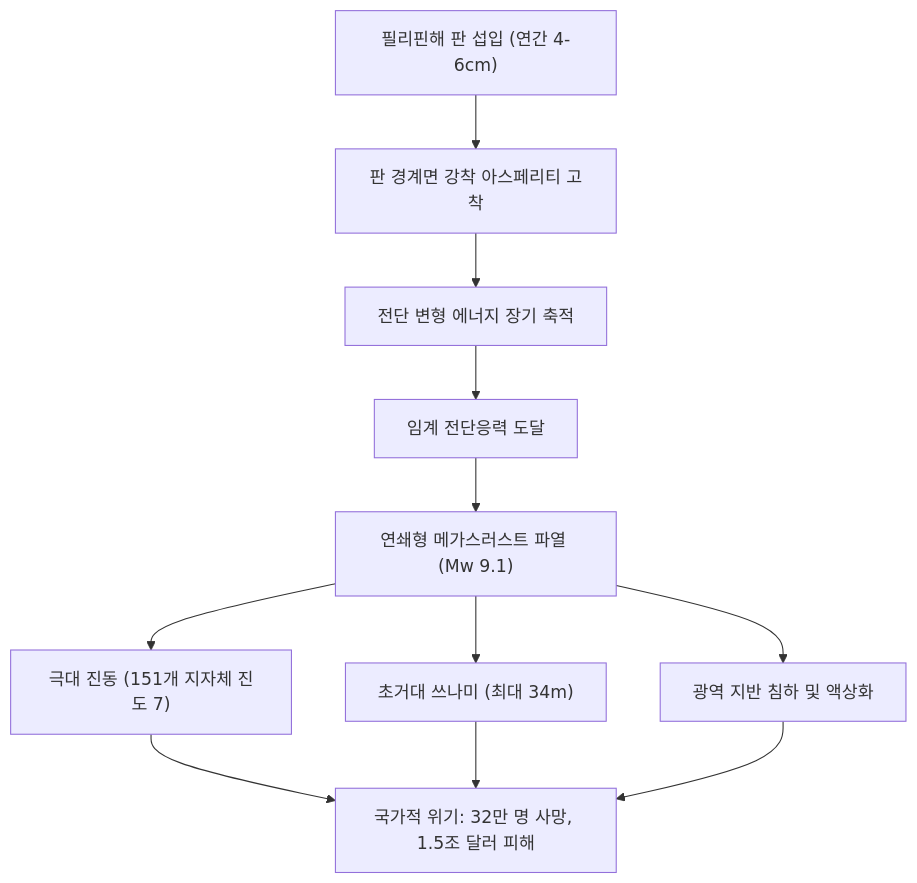
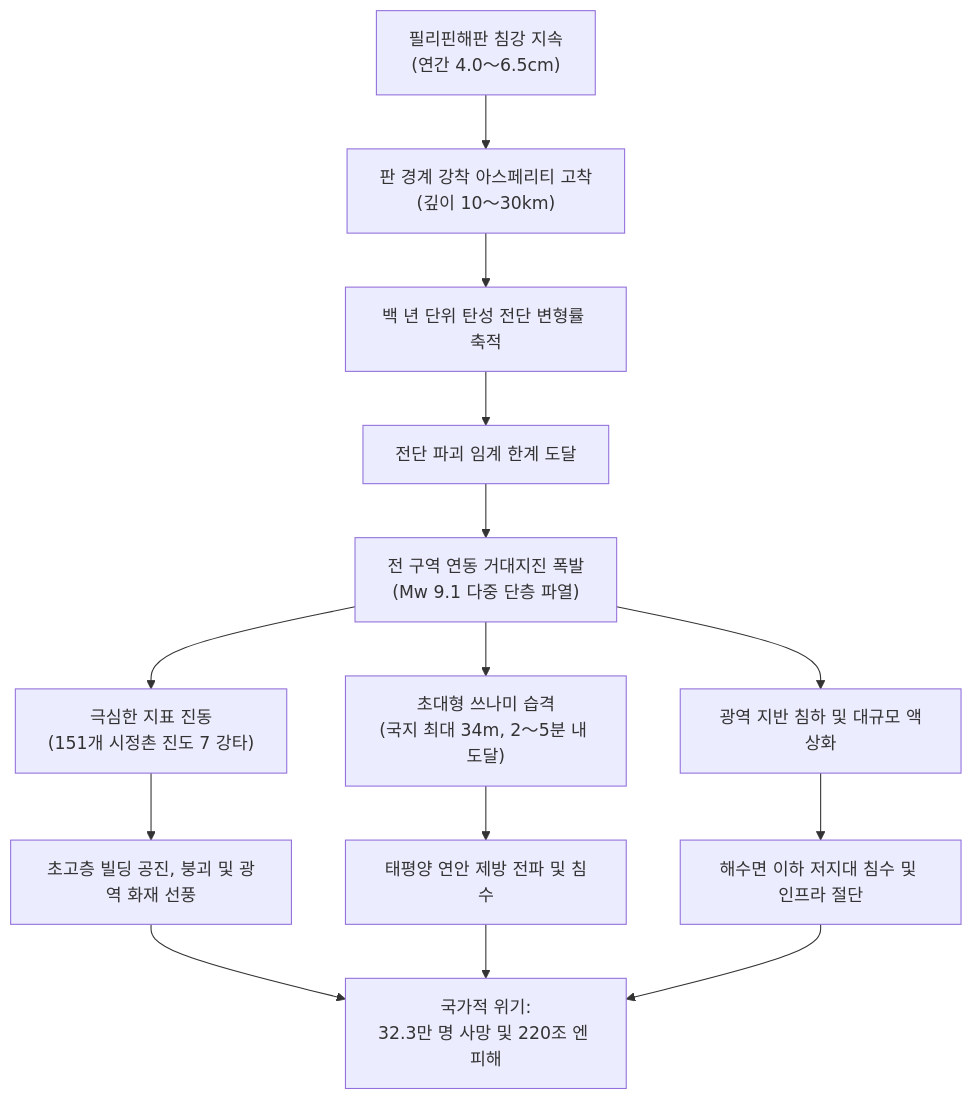
Before and after one commit to kenjinote/blog: the first of 3 diagrams in content/post/nankai-trough-megathrust-earthquake-scientific-guide-disaster-prevention/index.ko.md, drawn with Mermaid. The commit also changed other lines of this file and 12 other files, not shown here.

````diff
--- a/content/post/nankai-trough-megathrust-earthquake-scientific-guide-disaster-prevention/index.ko.md
+++ b/content/post/nankai-trough-megathrust-earthquake-scientific-guide-disaster-prevention/index.ko.md
@@ -17,13 +27,14 @@
 ```mermaid
 flowchart TD
-    P1["필리핀해 판 섭입 (연간 4-6cm)"] --> P2["판 경계면 강착 아스페리티 고착"]
-    P2 --> P3["전단 변형 에너지 장기 축적"]
-    P3 --> P4["임계 전단응력 도달"]
-    P4 --> P5["연쇄형 메가스러스트 파열 (Mw 9.1)"]
-    P5 --> E1["극대 진동 (151개 지자체 진도 7)"]
-    P5 --> E2["초거대 쓰나미 (최대 34m)"]
-    P5 --> E3["광역 지반 침하 및 액상화"]
-    E1 --> TOTAL["국가적 위기: 32만 명 사망, 1.5조 달러 피해"]
-    E2 --> TOTAL
-    E3 --> TOTAL
+    P1["필리핀해판 침강 지속<br/>(연간 4.0〜6.5cm)"] --> P2["판 경계 강착 아스페리티 고착<br/>(깊이 10〜30km)"]
+    P2 --> P3["백 년 단위 탄성 전단 변형률 축적"]
+    P3 --> P4["전단 파괴 임계 한계 도달"]
+    P4 --> P5["전 구역 연동 거대지진 폭발<br/>(Mw 9.1 다중 단층 파열)"]
+    P5 --> E1["극심한 지표 진동<br/>(151개 시정촌 진도 7 강타)"]
+    P5 --> E2["초대형 쓰나미 습격<br/>(국지 최대 34m, 2〜5분 내 도달)"]
+    P5 --> E3["광역 지반 침하 및 대규모 액상화"]
+    E1 --> D1["초고층 빌딩 공진, 붕괴 및 광역 화재 선풍"]
+    E2 --> D2["태평양 연안 제방 전파 및 침수"]
+    E3 --> D3["해수면 이하 저지대 침수 및 인프라 절단"]
+    D1 & D2 & D3 --> TOTAL["국가적 위기:<br/>32.3만 명 사망 및 220조 엔 피해"]
 ```
````
